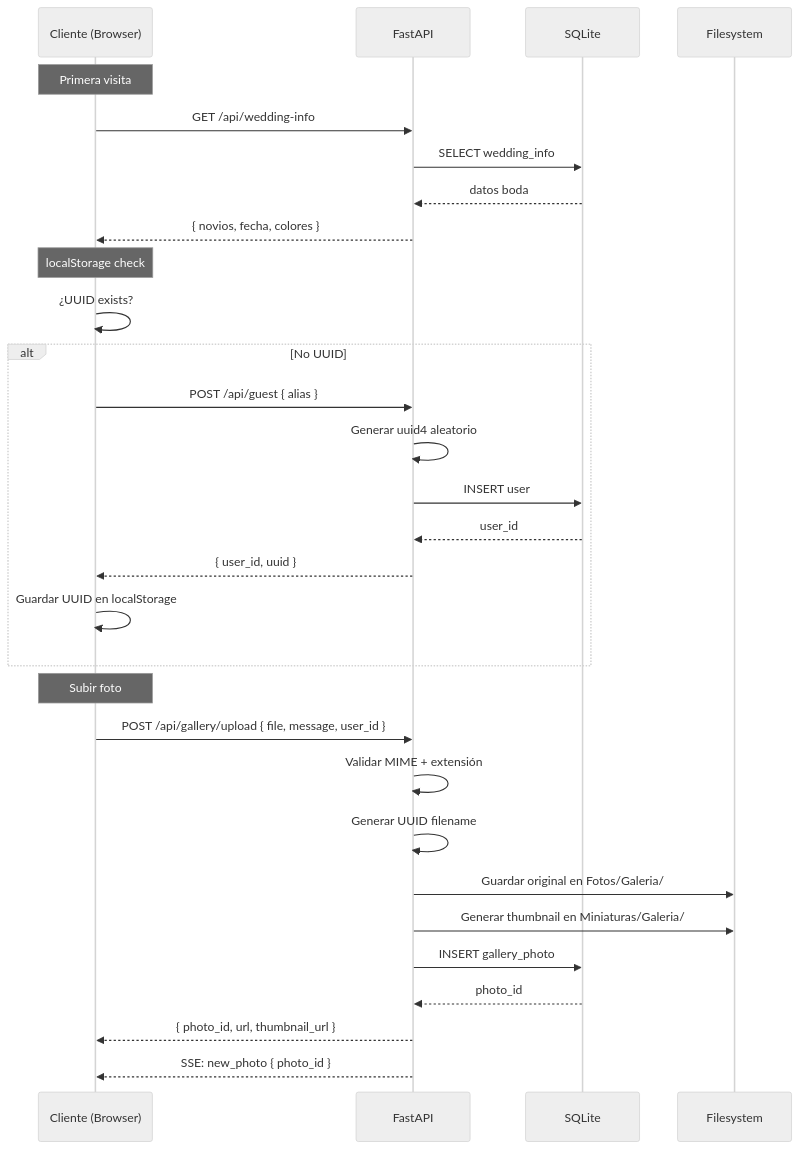
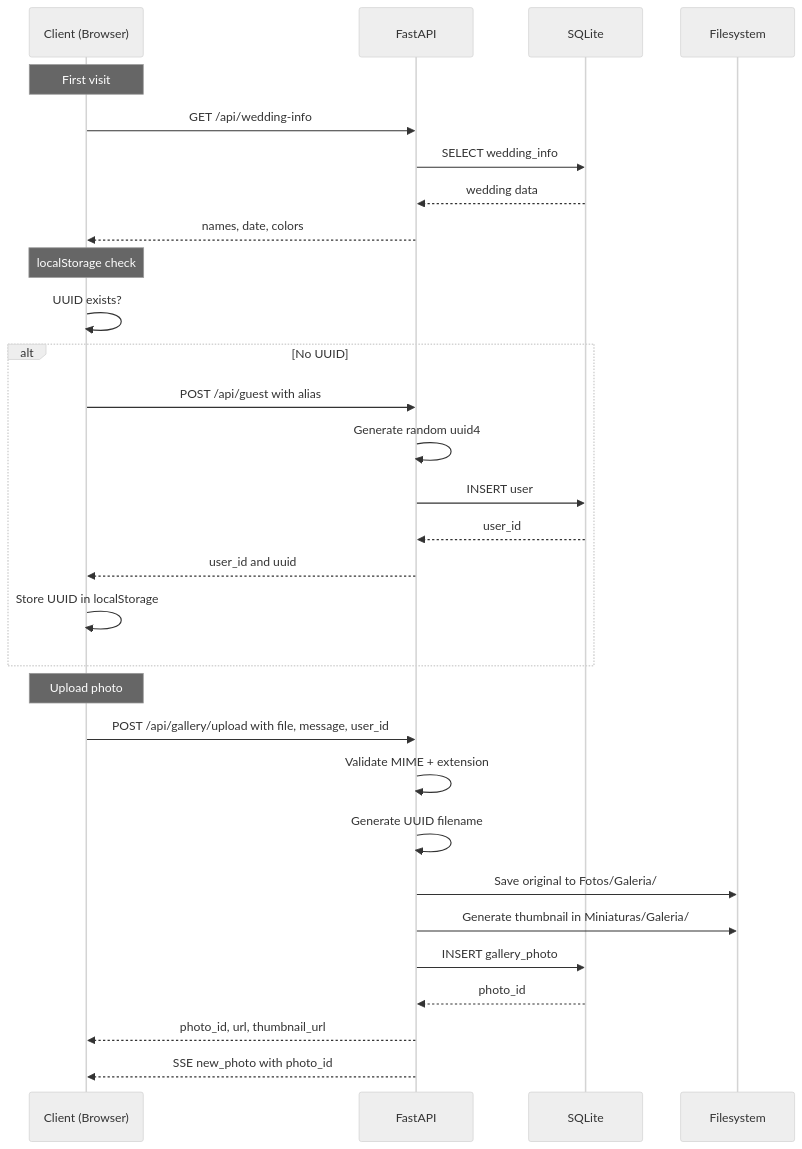
Before and after one commit to juniornff/wedding-photo-manager: the fifth of 12 diagrams in README.md, drawn with Mermaid (neutral theme). The commit also changed other lines of this file and 10 other files, not shown here.

````diff
--- a/README.md
+++ b/README.md
@@ -261,35 +369,35 @@
 ```mermaid
 sequenceDiagram
-    participant C as Cliente (Browser)
+    participant C as Client (Browser)
     participant API as FastAPI
     participant DB as SQLite
     participant FS as Filesystem
 
-    Note over C: Primera visita
+    Note over C: First visit
     C->>API: GET /api/wedding-info
     API->>DB: SELECT wedding_info
-    DB-->>API: datos boda
-    API-->>C: { novios, fecha, colores }
+    DB-->>API: wedding data
+    API-->>C: names, date, colors
 
     Note over C: localStorage check
-    C->>C: ¿UUID exists?
+    C->>C: UUID exists?
     alt No UUID
-        C->>API: POST /api/guest { alias }
-        API->>API: Generar uuid4 aleatorio
+        C->>API: POST /api/guest with alias
+        API->>API: Generate random uuid4
         API->>DB: INSERT user
         DB-->>API: user_id
-        API-->>C: { user_id, uuid }
-        C->>C: Guardar UUID en localStorage
+        API-->>C: user_id and uuid
+        C->>C: Store UUID in localStorage
     end
 
-    Note over C: Subir foto
-    C->>API: POST /api/gallery/upload { file, message, user_id }
-    API->>API: Validar MIME + extensión
-    API->>API: Generar UUID filename
-    API->>FS: Guardar original en Fotos/Galeria/
-    API->>FS: Generar thumbnail en Miniaturas/Galeria/
+    Note over C: Upload photo
+    C->>API: POST /api/gallery/upload with file, message, user_id
+    API->>API: Validate MIME + extension
+    API->>API: Generate UUID filename
+    API->>FS: Save original to Fotos/Galeria/
+    API->>FS: Generate thumbnail in Miniaturas/Galeria/
     API->>DB: INSERT gallery_photo
     DB-->>API: photo_id
-    API-->>C: { photo_id, url, thumbnail_url }
-    API-->>C: SSE: new_photo { photo_id }
+    API-->>C: photo_id, url, thumbnail_url
+    API-->>C: SSE new_photo with photo_id
 ```
````
